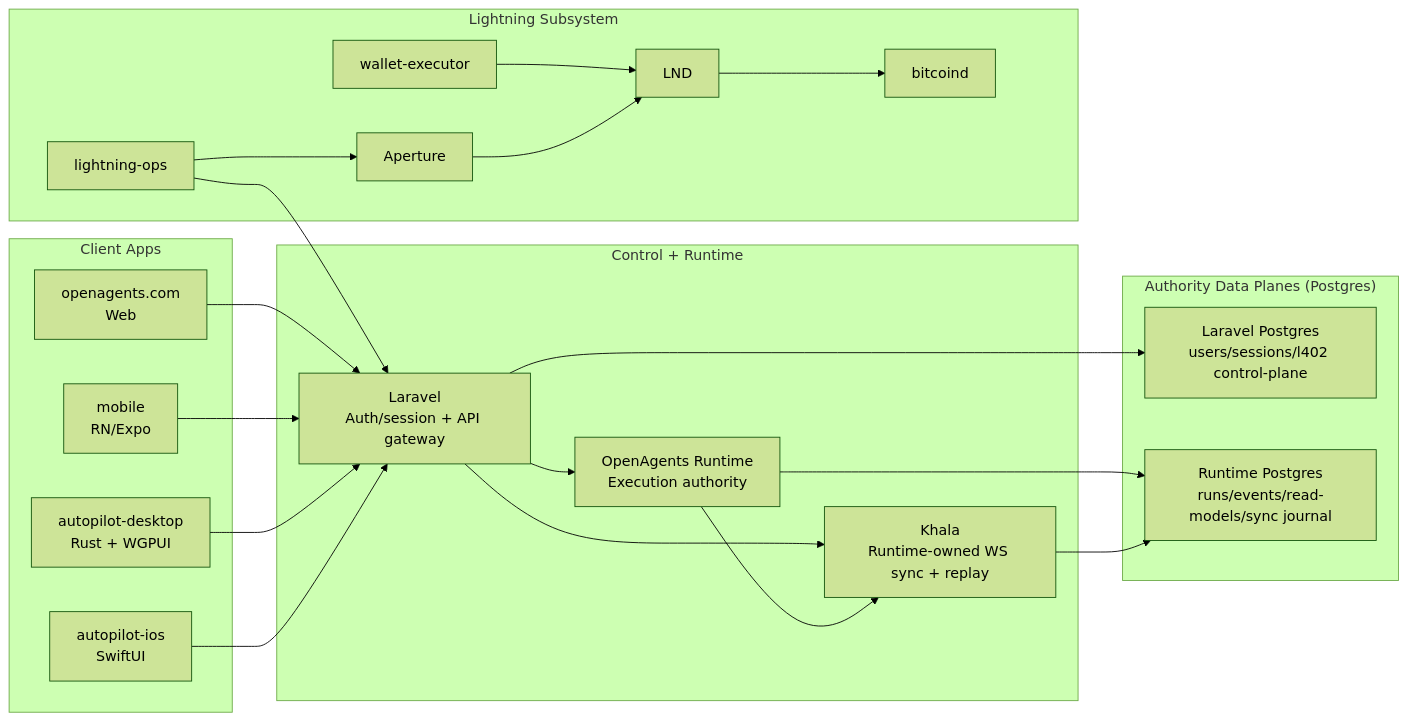
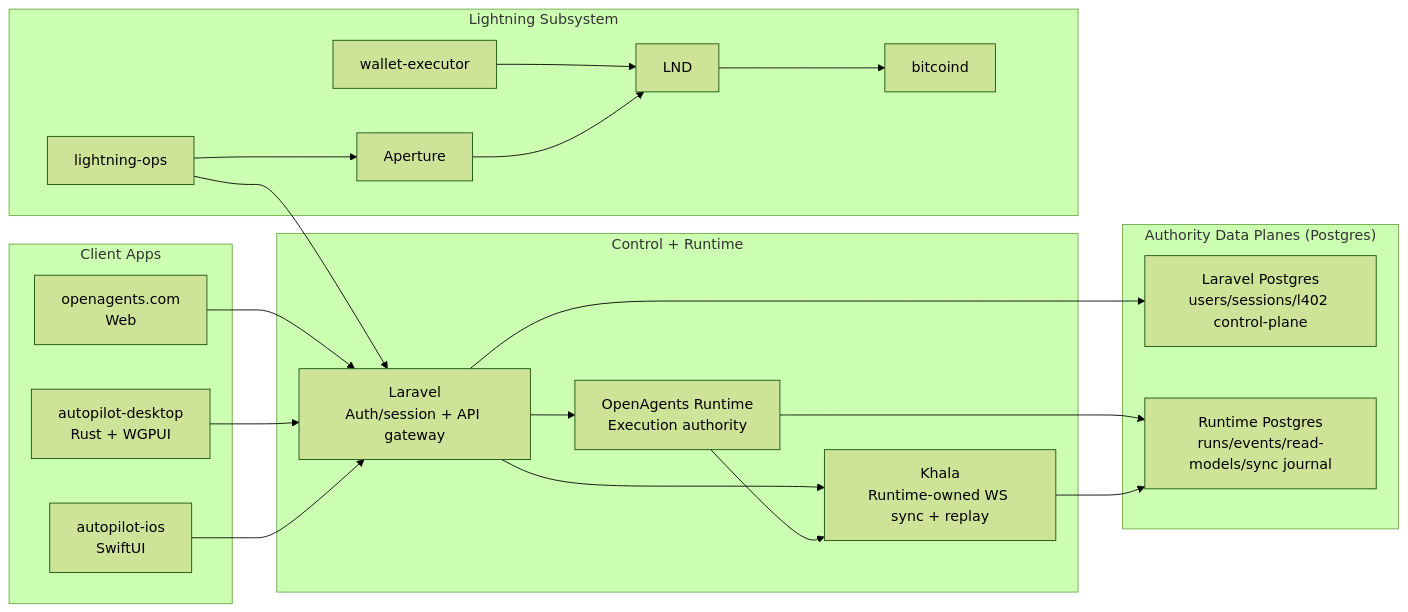
Before and after one commit to OpenAgentsInc/openagents: the diagram in README.md, drawn with Mermaid (forest theme). The commit also changed other lines of this file and 250 other files, not shown here.

````diff
--- a/README.md
+++ b/README.md
@@ -22,47 +21,45 @@
 ```mermaid
 flowchart LR
   subgraph clients["Client Apps"]
     web["openagents.com\nWeb"]
-    mobile["mobile\nRN/Expo"]
     autopilotDesktop["autopilot-desktop\nRust + WGPUI"]
     ios["autopilot-ios\nSwiftUI"]
   end
 
   subgraph control["Control + Runtime"]
     laravel["Laravel\nAuth/session + API gateway"]
     runtime["OpenAgents Runtime\nExecution authority"]
     khala["Khala\nRuntime-owned WS sync + replay"]
   end
 
   subgraph data["Authority Data Planes (Postgres)"]
     laravelDb["Laravel Postgres\nusers/sessions/l402 control-plane"]
     runtimeDb["Runtime Postgres\nruns/events/read-models/sync journal"]
   end
 
   subgraph lightning["Lightning Subsystem"]
     lops["lightning-ops"]
     lwe["wallet-executor"]
     aperture["Aperture"]
     lnd["LND"]
     bitcoind["bitcoind"]
   end
 
   web --> laravel
-  mobile --> laravel
   autopilotDesktop --> laravel
   ios --> laravel
 
   laravel --> runtime
   laravel --> khala
   runtime --> khala
 
   laravel --> laravelDb
   runtime --> runtimeDb
   khala --> runtimeDb
 
   lops --> laravel
   lops --> aperture
   lwe --> lnd
   aperture --> lnd
   lnd --> bitcoind
 ```
````
